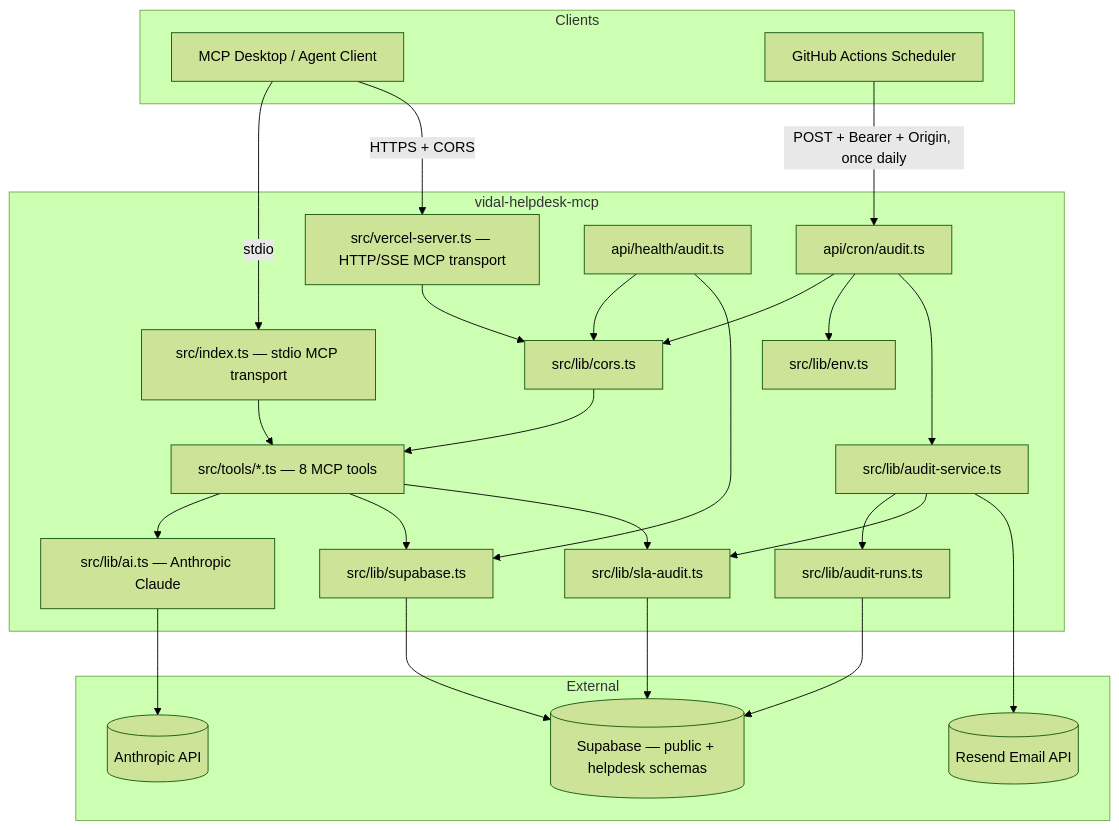
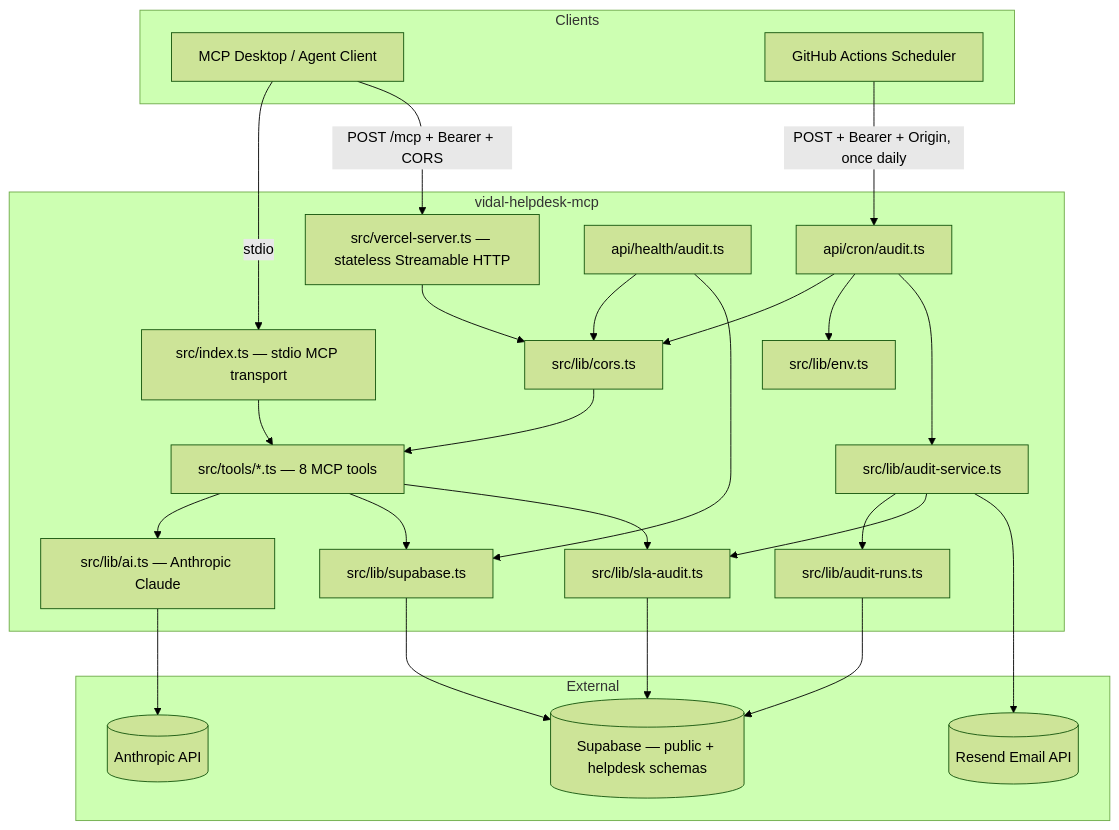
The diagram in ARCHITECTURE.md (vidal-renao/vidal-helpdesk-mcp), drawn with Mermaid (forest theme) before and after one commit. The commit also changed other lines of this file and 8 other files, not shown here.

````diff
--- a/ARCHITECTURE.md
+++ b/ARCHITECTURE.md
@@ -7,45 +9,45 @@
 ```mermaid
 flowchart TD
   subgraph Clients
     Desktop[MCP Desktop / Agent Client]
     GHA[GitHub Actions Scheduler]
   end
 
   subgraph vidal-helpdesk-mcp
     Stdio[src/index.ts — stdio MCP transport]
-    SSE[src/vercel-server.ts — HTTP/SSE MCP transport]
+    HTTP[src/vercel-server.ts — stateless Streamable HTTP]
     Cron[api/cron/audit.ts]
     Health[api/health/audit.ts]
     Tools[src/tools/*.ts — 8 MCP tools]
     AI[src/lib/ai.ts — Anthropic Claude]
     AuditSvc[src/lib/audit-service.ts]
     SlaAudit[src/lib/sla-audit.ts]
     AuditRuns[src/lib/audit-runs.ts]
     CORS[src/lib/cors.ts]
     Env[src/lib/env.ts]
     DB[src/lib/supabase.ts]
   end
 
   subgraph External
     Supabase[(Supabase — public + helpdesk schemas)]
     Anthropic[(Anthropic API)]
     Resend[(Resend Email API)]
   end
 
   Desktop -->|stdio| Stdio
-  Desktop -->|HTTPS + CORS| SSE
+  Desktop -->|POST /mcp + Bearer + CORS| HTTP
   GHA -->|POST + Bearer + Origin, once daily| Cron
   Stdio --> Tools
-  SSE --> CORS --> Tools
+  HTTP --> CORS --> Tools
   Tools --> AI --> Anthropic
   Tools --> DB --> Supabase
   Tools --> SlaAudit
   Cron --> CORS
   Cron --> Env
   Cron --> AuditSvc
   AuditSvc --> AuditRuns --> Supabase
   AuditSvc --> SlaAudit --> Supabase
   AuditSvc --> Resend
   Health --> CORS
   Health --> DB
 ```
````
